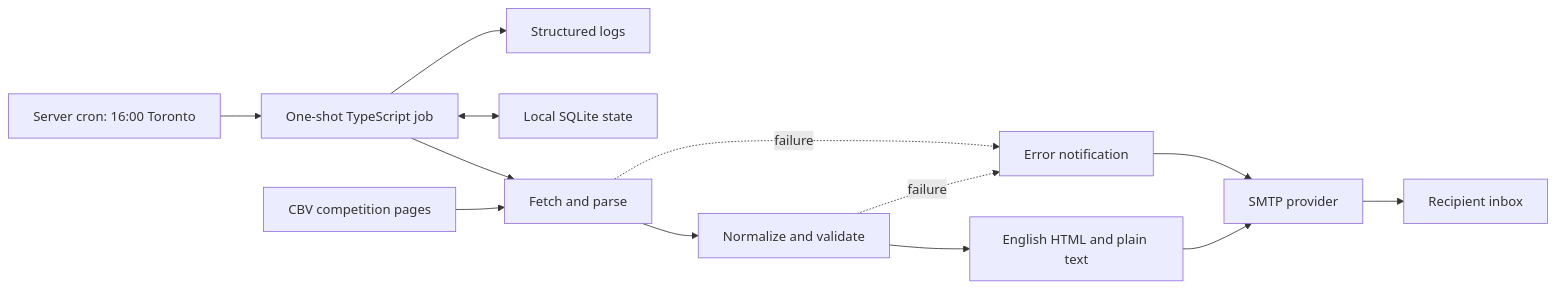
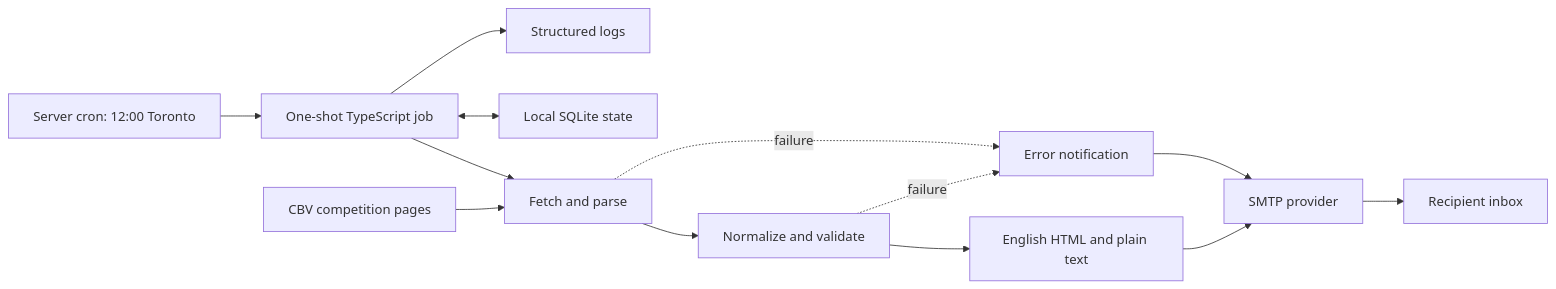
The diagram in docs/architecture.md (viniciushisao/sportstracker), drawn with Mermaid before and after one commit. The commit also changed other lines of this file and 9 other files, not shown here.

````diff
--- a/docs/architecture.md
+++ b/docs/architecture.md
@@ -37,15 +37,15 @@
 ```mermaid
 flowchart LR
-    Cron[Server cron: 16:00 Toronto] --> Job[One-shot TypeScript job]
+    Cron[Server cron: 12:00 Toronto] --> Job[One-shot TypeScript job]
     CBV[CBV competition pages] --> Fetch[Fetch and parse]
     Job --> Fetch
     Fetch --> Normalize[Normalize and validate]
     Normalize --> Render[English HTML and plain text]
     Render --> SMTP[SMTP provider]
     SMTP --> Inbox[Recipient inbox]
     Job <--> State[Local SQLite state]
     Job --> Logs[Structured logs]
     Fetch -. failure .-> Error[Error notification]
     Normalize -. failure .-> Error
     Error --> SMTP
 ```
````
